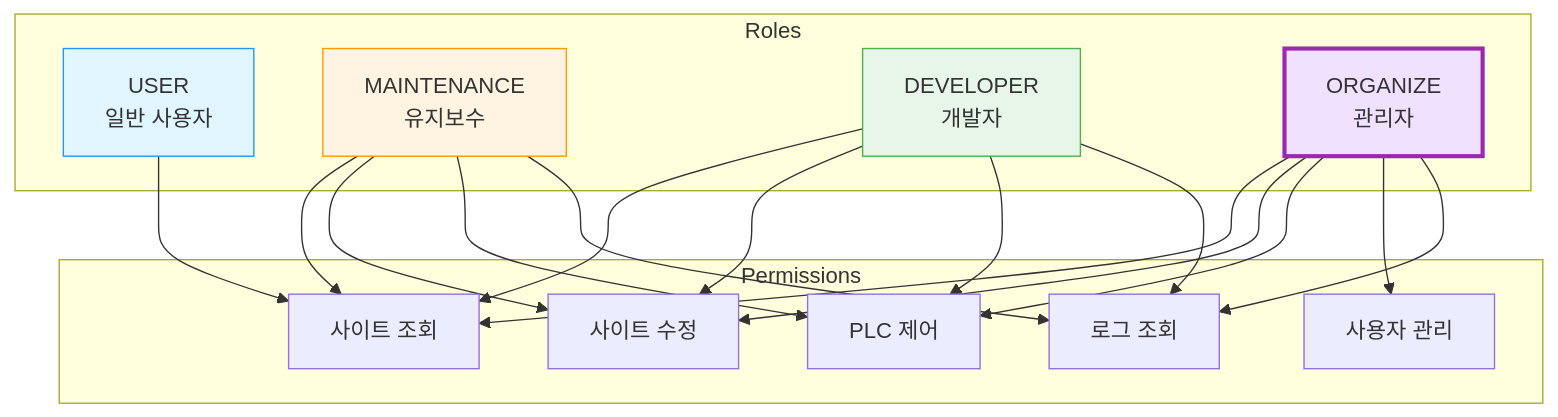
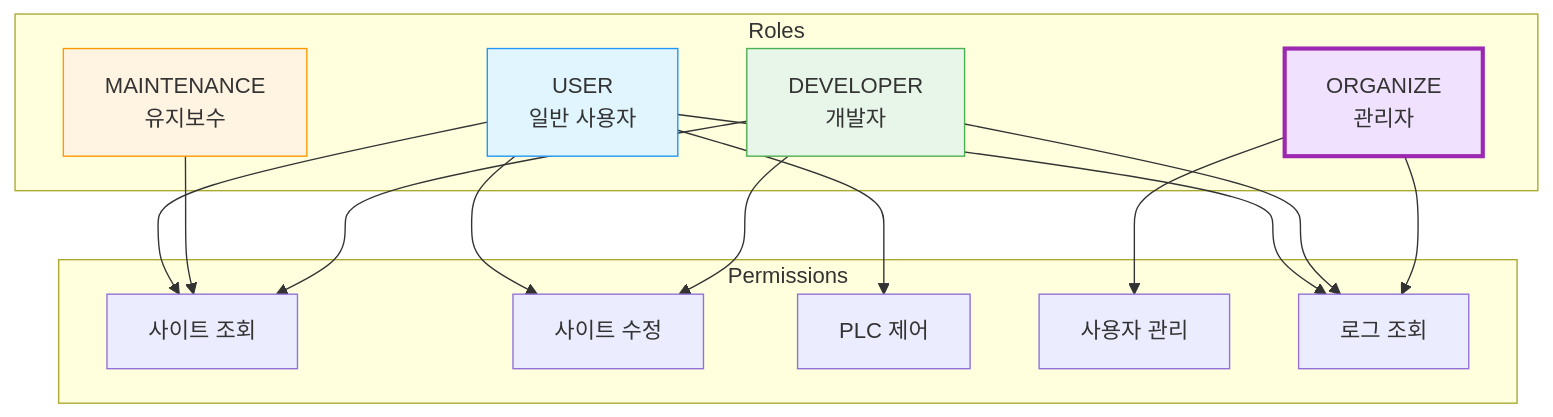
One commit to 1985jwlee/production-iot-backend changed diagram 15 of 16 in README.md. Above: the diagram before and after it, drawn with Mermaid.

Commit message:
Update permissions in README.md
Removed write and control permissions for MAINT, DEV, and ADMIN roles.

````diff
--- a/README.md
+++ b/README.md
@@ -829,37 +829,33 @@
 ```mermaid
 graph TB
     subgraph "Roles"
         USER[USER<br/>일반 사용자]
         MAINT[MAINTENANCE<br/>유지보수]
         DEV[DEVELOPER<br/>개발자]
         ADMIN[ORGANIZE<br/>관리자]
     end
     
     subgraph "Permissions"
         READ[사이트 조회]
         WRITE[사이트 수정]
         CONTROL[PLC 제어]
         MANAGE[사용자 관리]
         LOGS[로그 조회]
     end
     
     USER --> READ
+    USER --> WRITE
+    USER --> CONTROL
+    USER --> LOGS
     MAINT --> READ
-    MAINT --> WRITE
-    MAINT --> CONTROL
-    MAINT --> LOGS
     DEV --> READ
     DEV --> WRITE
-    DEV --> CONTROL
     DEV --> LOGS
-    ADMIN --> READ
-    ADMIN --> WRITE
-    ADMIN --> CONTROL
     ADMIN --> MANAGE
     ADMIN --> LOGS
     
     style USER fill:#e1f5ff,stroke:#2196f3
     style MAINT fill:#fff4e1,stroke:#ff9800
     style DEV fill:#e8f5e9,stroke:#4caf50
     style ADMIN fill:#f0e1ff,stroke:#9c27b0,stroke-width:3px
 ```
````
